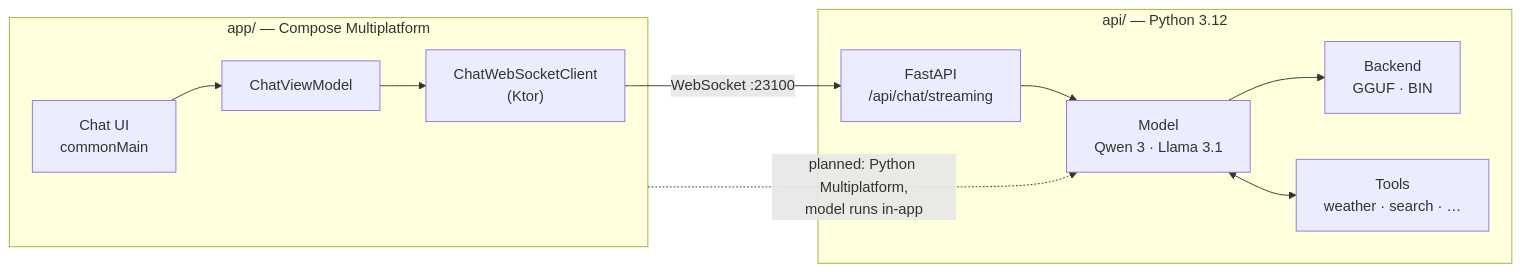
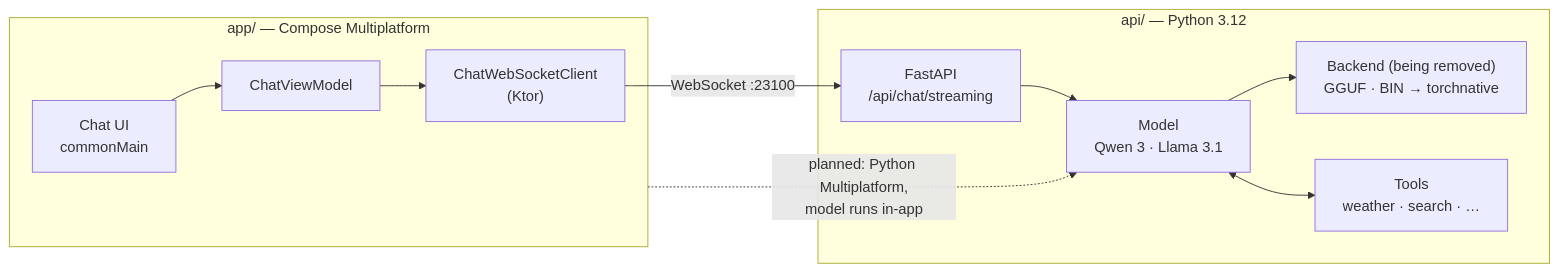
Before and after one commit to LogitAI/Gemstone: the diagram in README.md, drawn with Mermaid. The commit also changed other lines of this file and 11 other files, not shown here.

````diff
--- a/README.md
+++ b/README.md
@@ -108,13 +108,13 @@
 ```mermaid
 flowchart LR
     subgraph Client["app/ — Compose Multiplatform"]
         UI["Chat UI<br/>commonMain"] --> VM["ChatViewModel"] --> WS["ChatWebSocketClient<br/>(Ktor)"]
     end
     subgraph Server["api/ — Python 3.12"]
         EP["FastAPI<br/>/api/chat/streaming"] --> M["Model<br/>Qwen 3 · Llama 3.1"]
-        M --> B["Backend<br/>GGUF · BIN"]
+        M --> B["Backend (being removed)<br/>GGUF · BIN → torchnative"]
         M <--> T["Tools<br/>weather · search · …"]
     end
     WS -- "WebSocket :23100" --> EP
     Client -. "planned: Python Multiplatform,<br/>model runs in-app" .-> M
 ```
````
